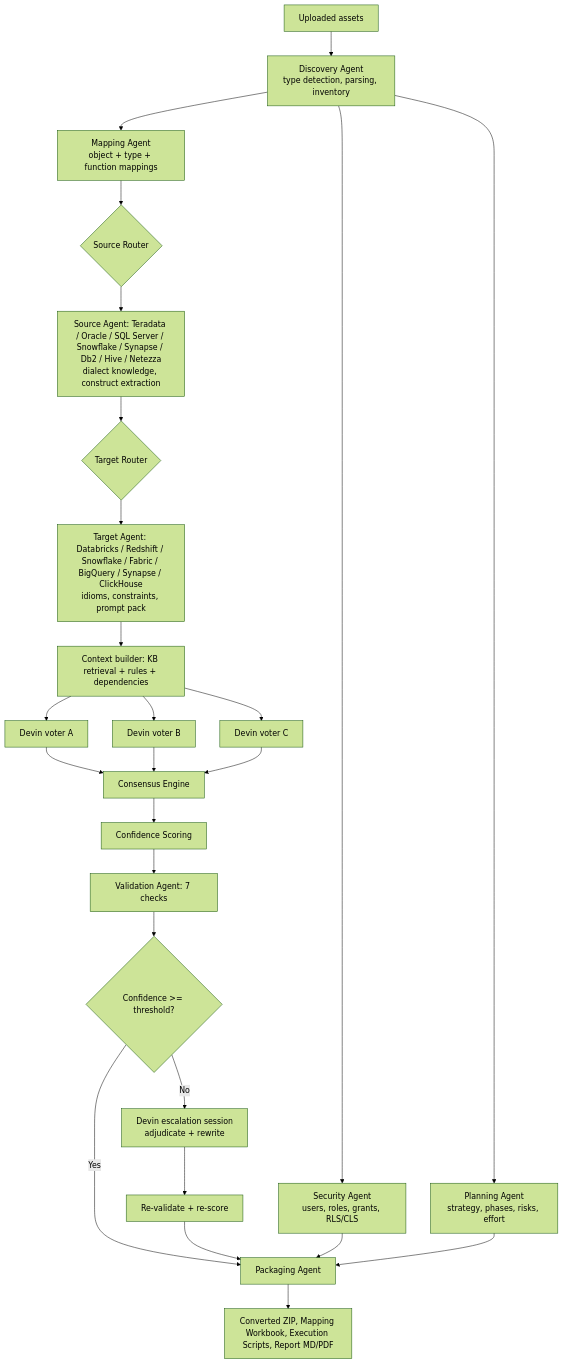
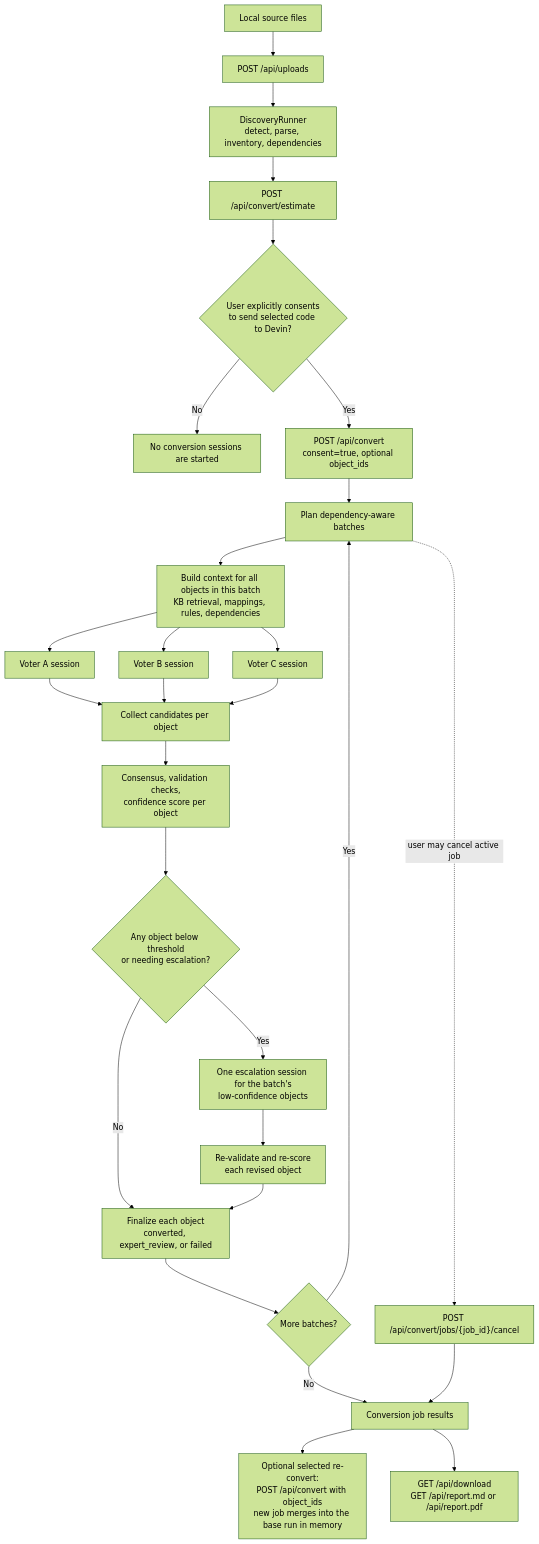
Before and after one commit to Cognition-Partner-Workshops/DWHMigrationDemo: the diagram in docs/diagrams/multi-agent-flow.mmd, drawn with Mermaid (forest theme). The commit also changed 15 other files, not shown here.

Commit message:
docs(phase7): package guides and verified diagrams

```diff
--- a/docs/diagrams/multi-agent-flow.mmd
+++ b/docs/diagrams/multi-agent-flow.mmd
@@ -1,24 +1,26 @@
 flowchart TB
-  IN[Uploaded assets] --> DISC[Discovery Agent<br/>type detection, parsing, inventory]
-  DISC --> SECA[Security Agent<br/>users, roles, grants, RLS/CLS]
-  DISC --> PLAN[Planning Agent<br/>strategy, phases, risks, effort]
-  DISC --> MAPA[Mapping Agent<br/>object + type + function mappings]
-  MAPA --> SR{Source Router}
-  SR --> SAG[Source Agent: Teradata / Oracle / SQL Server / Snowflake / Synapse / Db2 / Hive / Netezza<br/>dialect knowledge, construct extraction]
-  SAG --> TR{Target Router}
-  TR --> TAG[Target Agent: Databricks / Redshift / Snowflake / Fabric / BigQuery / Synapse / ClickHouse<br/>idioms, constraints, prompt pack]
-  TAG --> CTX[Context builder: KB retrieval + rules + dependencies]
-  CTX --> V1[Devin voter A]
-  CTX --> V2[Devin voter B]
-  CTX --> V3[Devin voter C]
-  V1 & V2 & V3 --> CON[Consensus Engine]
-  CON --> CS[Confidence Scoring]
-  CS --> VALA[Validation Agent: 7 checks]
-  VALA --> TH{Confidence >= threshold?}
-  TH -- Yes --> PKG[Packaging Agent]
-  TH -- No --> ESC[Devin escalation session<br/>adjudicate + rewrite]
-  ESC --> VALA2[Re-validate + re-score]
-  VALA2 --> PKG
-  SECA --> PKG
-  PLAN --> PKG
-  PKG --> OUT[Converted ZIP, Mapping Workbook, Execution Scripts, Report MD/PDF]
+  FILES[Local source files] --> UP[POST /api/uploads]
+  UP --> DISC[DiscoveryRunner<br/>detect, parse, inventory, dependencies]
+  DISC --> EST[POST /api/convert/estimate]
+  EST --> CONSENT{User explicitly consents<br/>to send selected code to Devin?}
+  CONSENT -- No --> STOP[No conversion sessions are started]
+  CONSENT -- Yes --> START[POST /api/convert<br/>consent=true, optional object_ids]
+  START --> BATCH[Plan dependency-aware batches]
+  BATCH --> CONTEXT[Build context for all objects in this batch<br/>KB retrieval, mappings, rules, dependencies]
+  CONTEXT --> A[Voter A session]
+  CONTEXT --> B[Voter B session]
+  CONTEXT --> C[Voter C session]
+  A & B & C --> OBJECTS[Collect candidates per object]
+  OBJECTS --> VOTE[Consensus, validation checks,<br/>confidence score per object]
+  VOTE --> LOW{Any object below threshold<br/>or needing escalation?}
+  LOW -- No --> FINAL[Finalize each object<br/>converted, expert_review, or failed]
+  LOW -- Yes --> ESC[One escalation session for the batch's<br/>low-confidence objects]
+  ESC --> RECHECK[Re-validate and re-score<br/>each revised object]
+  RECHECK --> FINAL
+  FINAL --> MORE{More batches?}
+  MORE -- Yes --> BATCH
+  MORE -- No --> DONE[Conversion job results]
+  BATCH -. user may cancel active job .-> CANCEL["POST /api/convert/jobs/{job_id}/cancel"]
+  CANCEL --> DONE
+  DONE --> SELECTED[Optional selected re-convert:<br/>POST /api/convert with object_ids<br/>new job merges into the base run in memory]
+  DONE --> DOWNLOAD[GET /api/download<br/>GET /api/report.md or /api/report.pdf]
```
